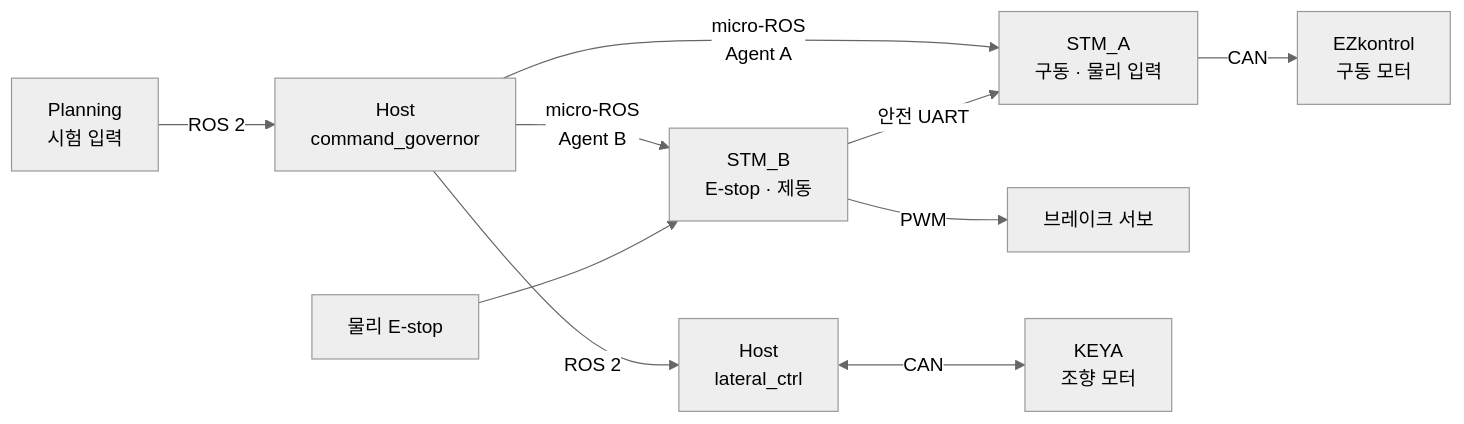
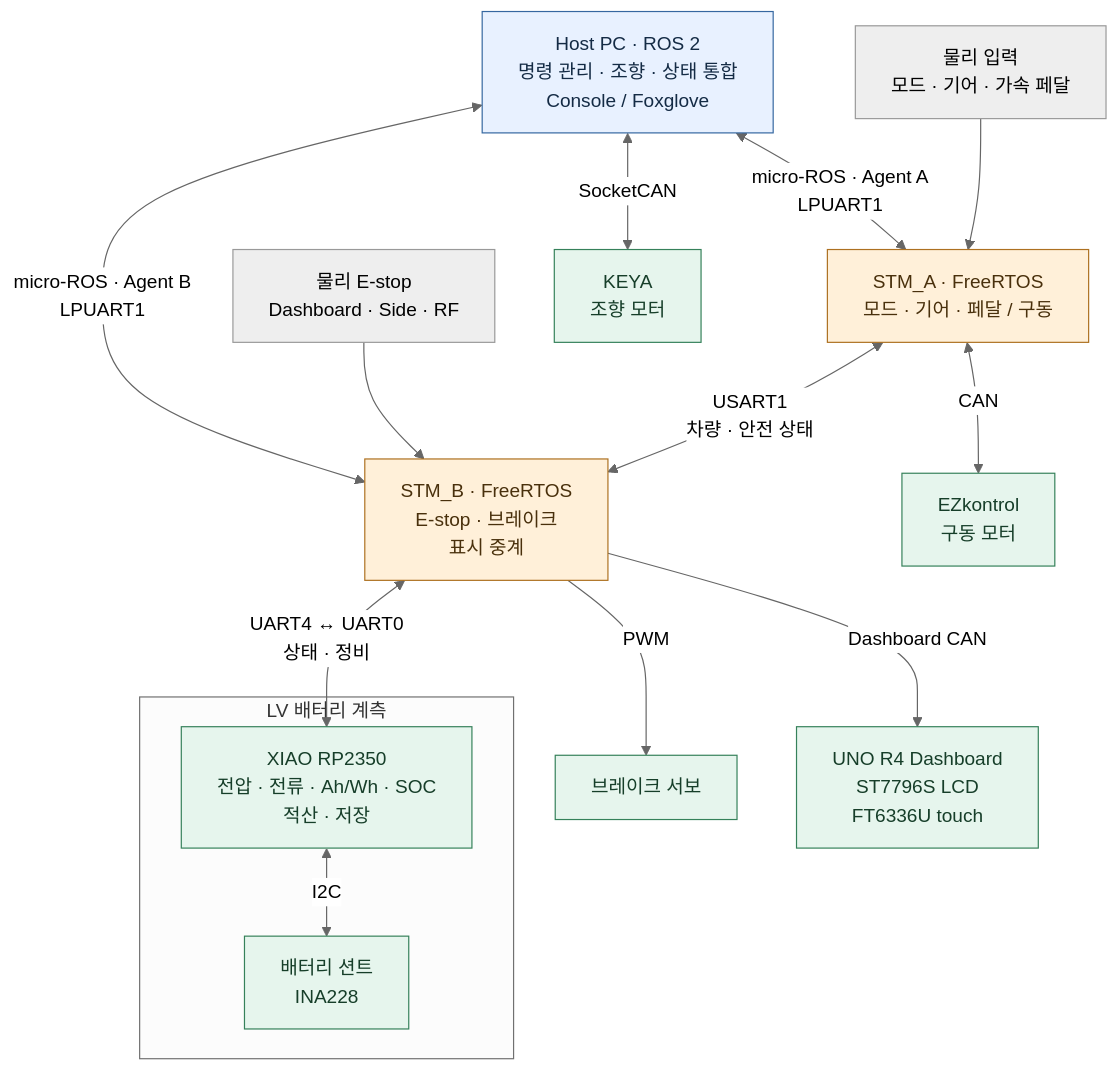
The diagram in README.md (shinjuyeop/Control), drawn with Mermaid (neutral theme) before and after one commit. The commit also changed other lines of this file, not shown here.

Commit message:
docs: expand project architecture and implementation overview

````diff
--- a/README.md
+++ b/README.md
@@ -9,12 +19,30 @@
 ```mermaid
-flowchart LR
-    P["Planning<br/>시험 입력"] -->|"ROS 2"| G["Host<br/>command_governor"]
-    G -->|"micro-ROS<br/>Agent A"| A["STM_A<br/>구동 · 물리 입력"]
-    G -->|"micro-ROS<br/>Agent B"| B["STM_B<br/>E-stop · 제동"]
-    G -->|"ROS 2"| S["Host<br/>lateral_ctrl"]
-    E["물리 E-stop"] --> B
-    B -->|"안전 UART"| A
-    A -->|"CAN"| D["EZkontrol<br/>구동 모터"]
-    B -->|"PWM"| R["브레이크 서보"]
-    S <-->|"CAN"| K["KEYA<br/>조향 모터"]
+flowchart TB
+    Host["Host PC · ROS 2<br/>명령 관리 · 조향 · 상태 통합<br/>Console / Foxglove"]
+
+    A["STM_A · FreeRTOS<br/>모드 · 기어 · 페달 / 구동"]
+    B["STM_B · FreeRTOS<br/>E-stop · 브레이크<br/>표시 중계"]
+    A <-->|"USART1<br/>차량 · 안전 상태"| B
+
+    Inputs["물리 입력<br/>모드 · 기어 · 가속 페달"] --> A
+    EStop["물리 E-stop<br/>Dashboard · Side · RF"] --> B
+    Host <-->|"micro-ROS · Agent A<br/>LPUART1"| A
+    Host <-->|"micro-ROS · Agent B<br/>LPUART1"| B
+
+    A <-->|"CAN"| EZ["EZkontrol<br/>구동 모터"]
+    B -->|"PWM"| Brake["브레이크 서보"]
+    Host <-->|"SocketCAN"| KEYA["KEYA<br/>조향 모터"]
+
+    subgraph Meter["LV 배터리 계측"]
+        RP["XIAO RP2350<br/>전압 · 전류 · Ah/Wh · SOC<br/>적산 · 저장"] <-->|"I2C"| INA["배터리 션트<br/>INA228"]
+    end
+    B <-->|"UART4 ↔ UART0<br/>상태 · 정비"| RP
+    B -->|"Dashboard CAN"| UNO["UNO R4 Dashboard<br/>ST7796S LCD<br/>FT6336U touch"]
+
+    classDef host fill:#e8f1ff,stroke:#3567a0,color:#142b45
+    classDef controller fill:#fff0d9,stroke:#ad7020,color:#49300c
+    classDef peripheral fill:#e6f5ed,stroke:#35815a,color:#163e29
+    class Host host
+    class A,B controller
+    class INA,RP,UNO,EZ,Brake,KEYA peripheral
 ```
````
